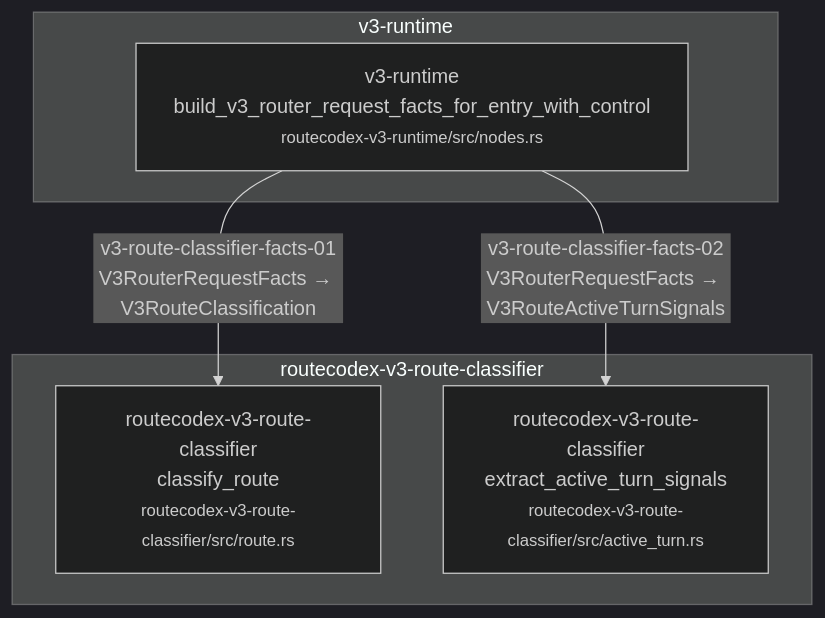
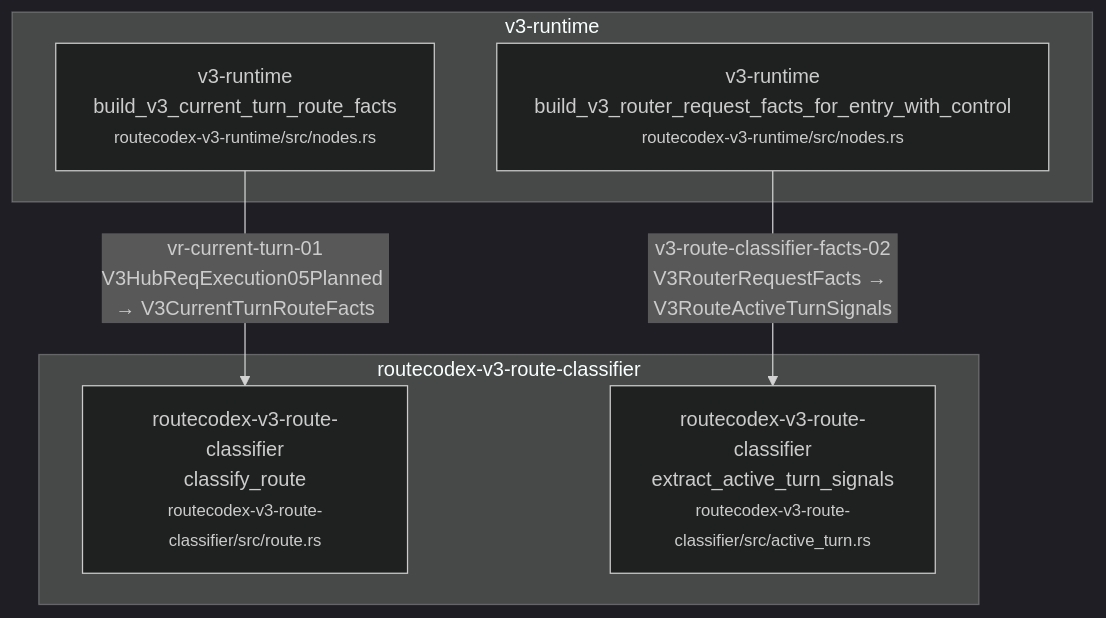
Diagram 58 of 58 in docs/architecture/wiki/v3-mainline-caller-flow.md (Jasonzhangf/routecodex), drawn with Mermaid (dark theme) before and after one commit. The commit also changed other lines of this file and 100 other files, not shown here.

````diff
--- a/docs/architecture/wiki/v3-mainline-caller-flow.md
+++ b/docs/architecture/wiki/v3-mainline-caller-flow.md
@@ -2317,12 +2368,13 @@
 ```mermaid
 flowchart TD
-  subgraph c_54_v3_route_classifier_facts_classification_m_routecodex_v3_route_classifier["routecodex-v3-route-classifier"]
-    c_54_v3_route_classifier_facts_classification_1["routecodex-v3-route-classifier<br/>classify_route<br/><small>routecodex-v3-route-classifier/src/route.rs</small>"]
-    c_54_v3_route_classifier_facts_classification_2["routecodex-v3-route-classifier<br/>extract_active_turn_signals<br/><small>routecodex-v3-route-classifier/src/active_turn.rs</small>"]
+  subgraph c_56_vr_current_turn_typed_route_facts_m_routecodex_v3_route_classifier["routecodex-v3-route-classifier"]
+    c_56_vr_current_turn_typed_route_facts_1["routecodex-v3-route-classifier<br/>classify_route<br/><small>routecodex-v3-route-classifier/src/route.rs</small>"]
+    c_56_vr_current_turn_typed_route_facts_3["routecodex-v3-route-classifier<br/>extract_active_turn_signals<br/><small>routecodex-v3-route-classifier/src/active_turn.rs</small>"]
   end
-  subgraph c_54_v3_route_classifier_facts_classification_m_v3_runtime["v3-runtime"]
-    c_54_v3_route_classifier_facts_classification_0["v3-runtime<br/>build_v3_router_request_facts_for_entry_with_control<br/><small>routecodex-v3-runtime/src/nodes.rs</small>"]
+  subgraph c_56_vr_current_turn_typed_route_facts_m_v3_runtime["v3-runtime"]
+    c_56_vr_current_turn_typed_route_facts_0["v3-runtime<br/>build_v3_current_turn_route_facts<br/><small>routecodex-v3-runtime/src/nodes.rs</small>"]
+    c_56_vr_current_turn_typed_route_facts_2["v3-runtime<br/>build_v3_router_request_facts_for_entry_with_control<br/><small>routecodex-v3-runtime/src/nodes.rs</small>"]
   end
-  c_54_v3_route_classifier_facts_classification_0 -->|v3-route-classifier-facts-01<br/>V3RouterRequestFacts → V3RouteClassification| c_54_v3_route_classifier_facts_classification_1
-  c_54_v3_route_classifier_facts_classification_0 -->|v3-route-classifier-facts-02<br/>V3RouterRequestFacts → V3RouteActiveTurnSignals| c_54_v3_route_classifier_facts_classification_2
+  c_56_vr_current_turn_typed_route_facts_0 -->|vr-current-turn-01<br/>V3HubReqExecution05Planned → V3CurrentTurnRouteFacts| c_56_vr_current_turn_typed_route_facts_1
+  c_56_vr_current_turn_typed_route_facts_2 -->|v3-route-classifier-facts-02<br/>V3RouterRequestFacts → V3RouteActiveTurnSignals| c_56_vr_current_turn_typed_route_facts_3
 ```
````
